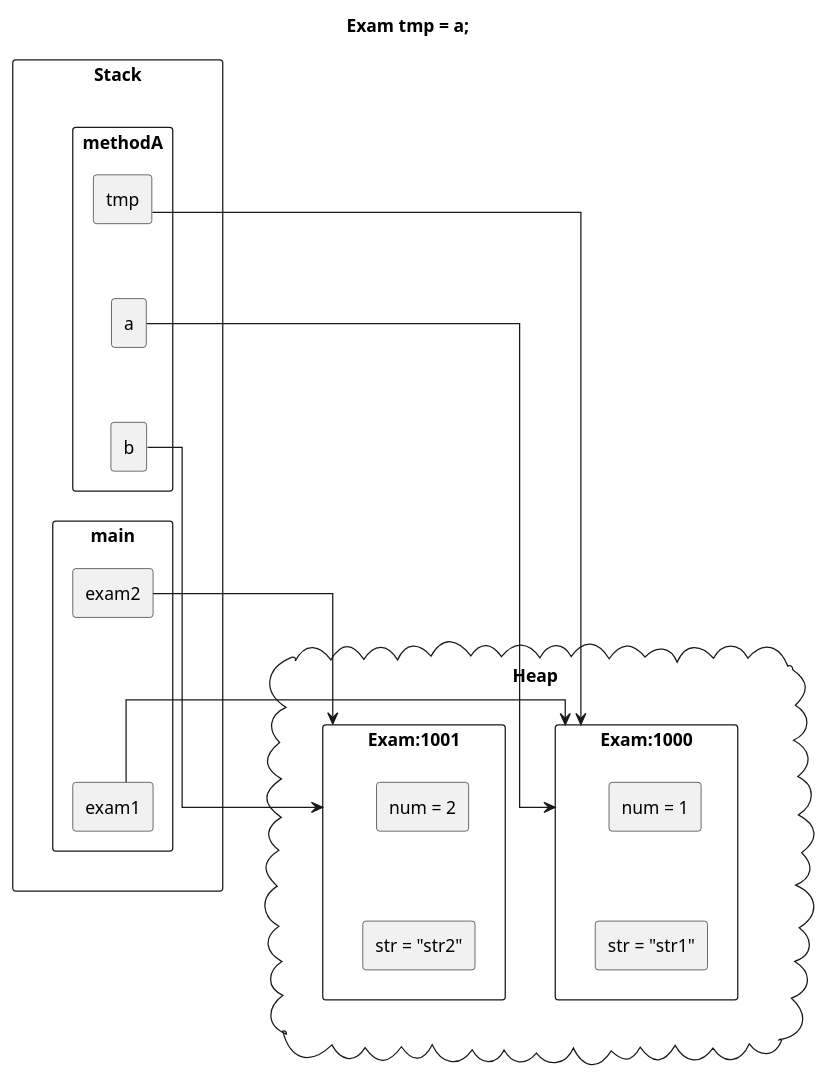
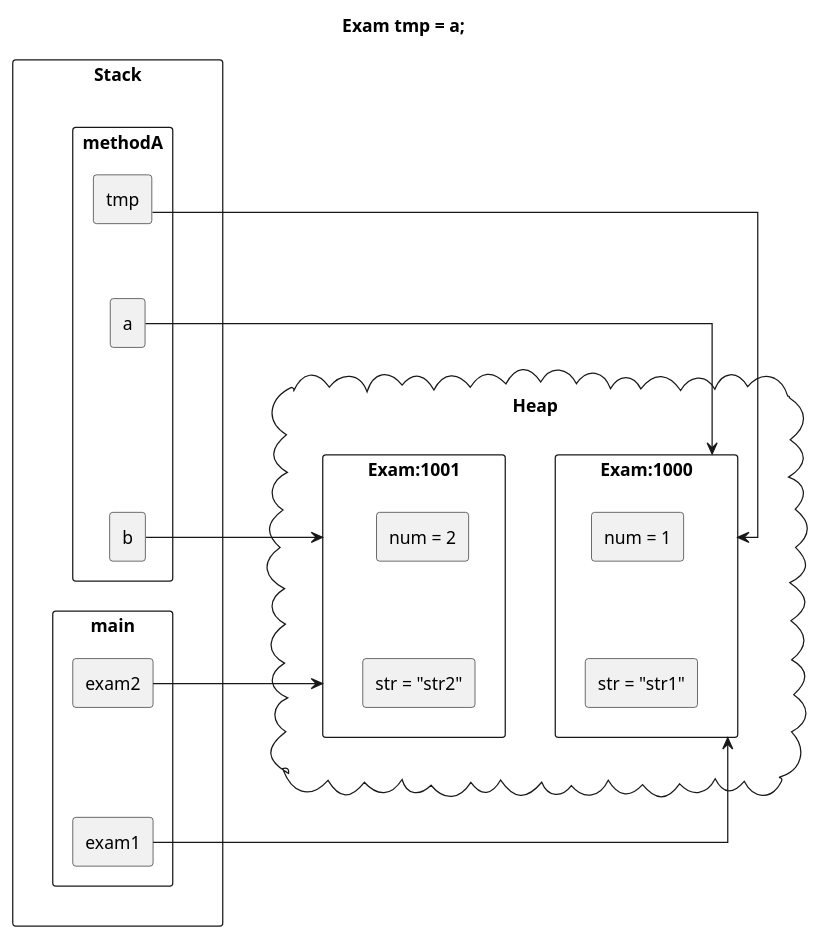
One commit to windowforsun/blog changed the diagram in plantuml/java/concept-memorymanagement-33.plantuml. Above: the diagram before and after it, drawn with PlantUML. The commit also changed 9 other files, not shown here.

```diff
--- a/plantuml/java/concept-memorymanagement-33.plantuml
+++ b/plantuml/java/concept-memorymanagement-33.plantuml
@@ -1,49 +1,49 @@
 @startuml
 skinparam linetype ortho
 
 title Exam tmp = a;
 
 rectangle "Stack" {
 	rectangle "methodA" {
 		rectangle "tmp"
 		rectangle "a"
 		rectangle "b"
 
 		tmp -[hidden]d- a
 		a -[hidden]d- b
 	}
 	rectangle "main" {
 		rectangle "exam2"
 		rectangle "exam1"
 
 		exam2 -[hidden]d- exam1
 	}
 
 	b -[hidden]d- exam2
 }
 
 cloud "Heap" {
 	rectangle "Exam:1000" as Exam1000 {
 		rectangle "num = 1" as num1000
 		rectangle "str = "str1"" as str1000
 		num1000 -[hidden]d- str1000
 	}
 
 	rectangle "Exam:1001" as Exam1001 {
 		rectangle "num = 2" as num1001
 		rectangle "str = "str2"" as str1001
 		num1001 -[hidden]d- str1001
 	}
 
 	Exam1000 -[hidden]l- Exam1001
 }
 
 Stack -[hidden]r-Heap
 
-exam1 -r-> Exam1000
+exam1 -u-> Exam1000
 exam2 -r-> Exam1001
-a -r-> Exam1000
+a -u-> Exam1000
 b -r-> Exam1001
-tmp -r-> Exam1000
+tmp -u-> Exam1000
 
 @enduml
```
